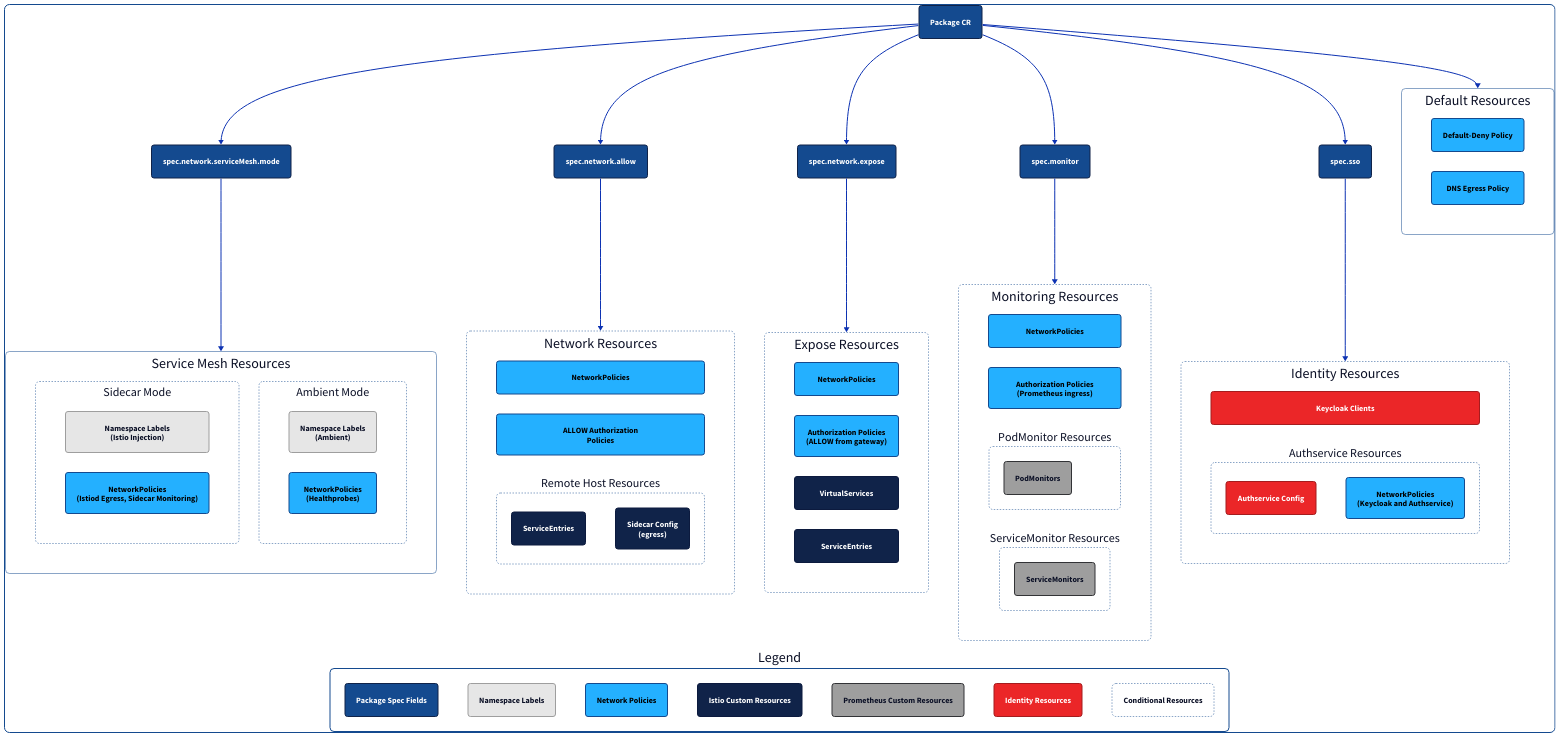
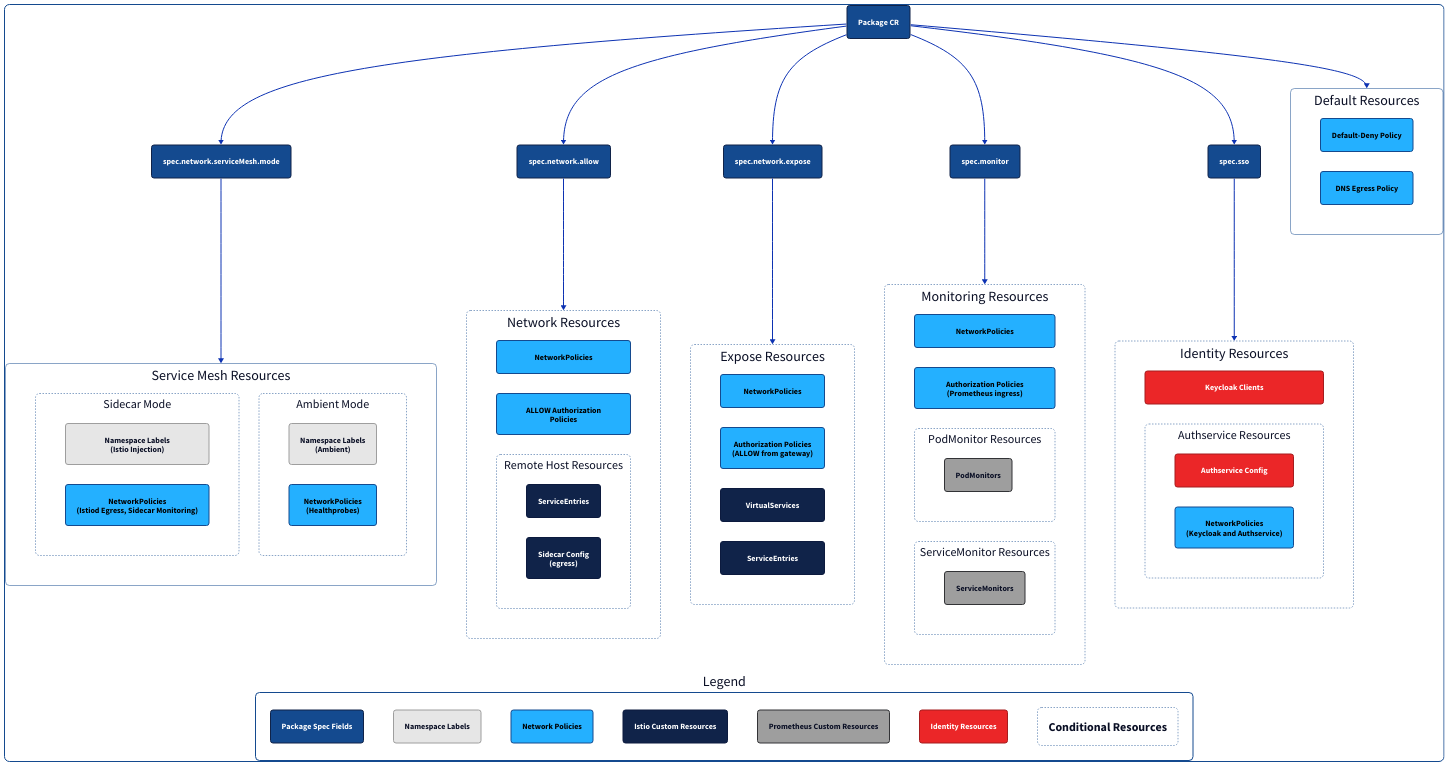
One commit to defenseunicorns/uds-core changed the diagram in docs/.images/diagrams/operator-resource-tree.d2. Above: the diagram before and after it, drawn with D2. The commit also changed 1 other file, not shown here.

```diff
--- a/docs/.images/diagrams/operator-resource-tree.d2
+++ b/docs/.images/diagrams/operator-resource-tree.d2
@@ -71,6 +71,8 @@
       border-radius: 8
       stroke-dash: 3
     }
+    grid-columns: 1
+    direction: down
   }
   containerNoDash: {
     style: {
@@ -79,6 +81,8 @@
       stroke-width: 1
       border-radius: 8
     }
+    grid-columns: 1
+    direction: down
   }
 }
 
@@ -118,8 +122,6 @@
 DefaultResources: {
   label: "Default Resources"
   class: containerNoDash
-  direction: down
-  grid-columns: 1
 
   DefPol: {
     label: "Default-Deny Policy"
@@ -141,8 +143,6 @@
   SidecarResources: {
     label: "Sidecar Mode"
     class: container
-    direction: down
-    grid-columns: 1
 
     NSLabelsSidecar: {
       label: "Namespace Labels\n(Istio Injection)"
@@ -158,8 +158,6 @@
   AmbientResources: {
     label: "Ambient Mode"
     class: container
-    direction: down
-    grid-columns: 1
 
     NSLabelsAmbient: {
       label: "Namespace Labels\n(Ambient)"
@@ -177,8 +175,6 @@
 NetworkResources: {
   label: "Network Resources"
   class: container
-  direction: down
-  grid-columns: 1
 
   AllowNetPol: {
     label: "NetworkPolicies"
@@ -211,8 +207,6 @@
 IdentityResources: {
   label: "Identity Resources"
   class: container
-  direction: down
-  grid-columns: 1
 
   KeycloakClients: {
     label: "Keycloak Clients"
@@ -222,7 +216,6 @@
   AuthserviceResources: {
     label: "Authservice Resources"
     class: container
-    direction: down
 
     AuthserviceConfig: {
       label: "Authservice Config"
@@ -240,8 +233,6 @@
 ExposeResources: {
   label: "Expose Resources"
   class: container
-  direction: down
-  grid-columns: 1
 
   ExposeNetPol: {
     label: "NetworkPolicies"
@@ -268,8 +259,6 @@
 MonitoringResources: {
   label: "Monitoring Resources"
   class: container
-  direction: down
-  grid-columns: 1
 
   MonitorNetPols: {
     label: "NetworkPolicies"
```
